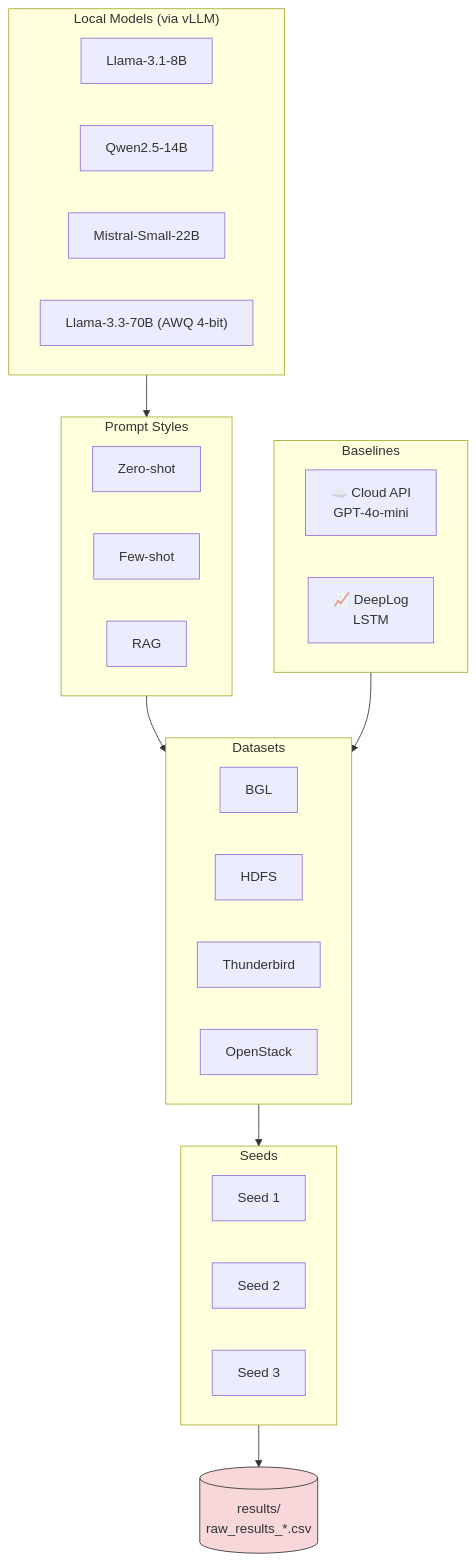
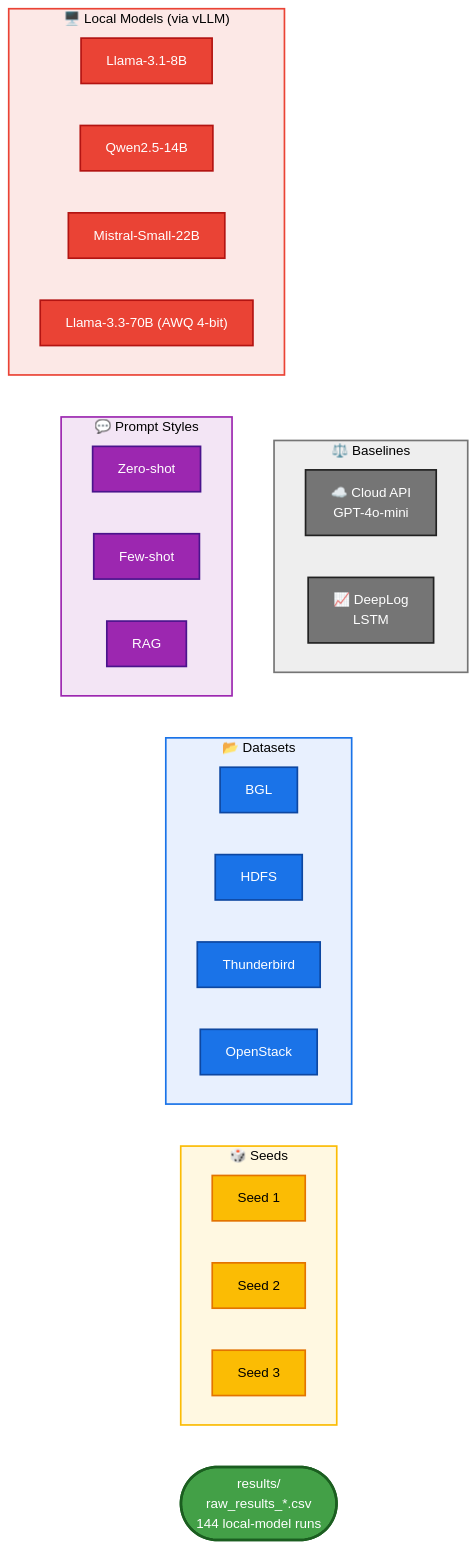
The fourth of 6 diagrams in README.md (rpaut03l/tricalrag-llm-gpu-aiops), drawn with Mermaid before and after one commit. The commit also changed other lines of this file, not shown here.

````diff
--- a/README.md
+++ b/README.md
@@ -115,34 +127,47 @@
 ```mermaid
+%%{init: {'theme': 'base', 'themeVariables': { 'lineColor': '#ffffff', 'edgeLabelBackground': '#2d2d2d', 'textColor': '#ffffff' }}}%%
 flowchart TD
-    subgraph Models["Local Models (via vLLM)"]
-        M1["Llama-3.1-8B"]
-        M2["Qwen2.5-14B"]
-        M3["Mistral-Small-22B"]
-        M4["Llama-3.3-70B (AWQ 4-bit)"]
+    subgraph Models["🖥️ Local Models (via vLLM)"]
+        M1["Llama-3.1-8B"]:::model
+        M2["Qwen2.5-14B"]:::model
+        M3["Mistral-Small-22B"]:::model
+        M4["Llama-3.3-70B (AWQ 4-bit)"]:::model
     end
-    subgraph Baselines
-        B1["☁️ Cloud API<br/>GPT-4o-mini"]
-        B2["📈 DeepLog<br/>LSTM"]
+    subgraph Baselines["⚖️ Baselines"]
+        B1["☁️ Cloud API<br/>GPT-4o-mini"]:::baseline
+        B2["📈 DeepLog<br/>LSTM"]:::baseline
     end
-    subgraph Prompts["Prompt Styles"]
-        P1["Zero-shot"]
-        P2["Few-shot"]
-        P3["RAG"]
+    subgraph Prompts["💬 Prompt Styles"]
+        P1["Zero-shot"]:::prompt
+        P2["Few-shot"]:::prompt
+        P3["RAG"]:::prompt
     end
-    subgraph Datasets
-        D1["BGL"]
-        D2["HDFS"]
-        D3["Thunderbird"]
-        D4["OpenStack"]
+    subgraph Datasets["📂 Datasets"]
+        D1["BGL"]:::dataset
+        D2["HDFS"]:::dataset
+        D3["Thunderbird"]:::dataset
+        D4["OpenStack"]:::dataset
     end
-    subgraph Seeds
-        S1["Seed 1"]
-        S2["Seed 2"]
-        S3["Seed 3"]
+    subgraph Seeds["🎲 Seeds"]
+        S1["Seed 1"]:::seed
+        S2["Seed 2"]:::seed
+        S3["Seed 3"]:::seed
     end
 
-    Models --> Prompts --> Datasets --> Seeds --> R[("results/<br/>raw_results_*.csv")]
+    Models --> Prompts --> Datasets --> Seeds --> R(["results/<br/>raw_results_*.csv<br/>144 local-model runs"]):::result
     Baselines --> Datasets
 
-    style R fill:#f8d7da,stroke:#333
+    classDef model fill:#ea4335,stroke:#b31412,stroke-width:2px,color:#ffffff
+    classDef baseline fill:#757575,stroke:#212121,stroke-width:2px,color:#ffffff
+    classDef prompt fill:#9c27b0,stroke:#4a148c,stroke-width:2px,color:#ffffff
+    classDef dataset fill:#1a73e8,stroke:#0d47a1,stroke-width:2px,color:#ffffff
+    classDef seed fill:#fbbc04,stroke:#e37400,stroke-width:2px,color:#000000
+    classDef result fill:#43a047,stroke:#1b5e20,stroke-width:3px,color:#ffffff
+    linkStyle default stroke:#ffffff,stroke-width:2px,color:#ffffff
+
+    style Models fill:#fce8e6,stroke:#ea4335,stroke-width:2px,color:#000000
+    style Baselines fill:#eeeeee,stroke:#757575,stroke-width:2px,color:#000000
+    style Prompts fill:#f3e5f5,stroke:#9c27b0,stroke-width:2px,color:#000000
+    style Datasets fill:#e8f0fe,stroke:#1a73e8,stroke-width:2px,color:#000000
+    style Seeds fill:#fff8e1,stroke:#fbbc04,stroke-width:2px,color:#000000
 ```
````
